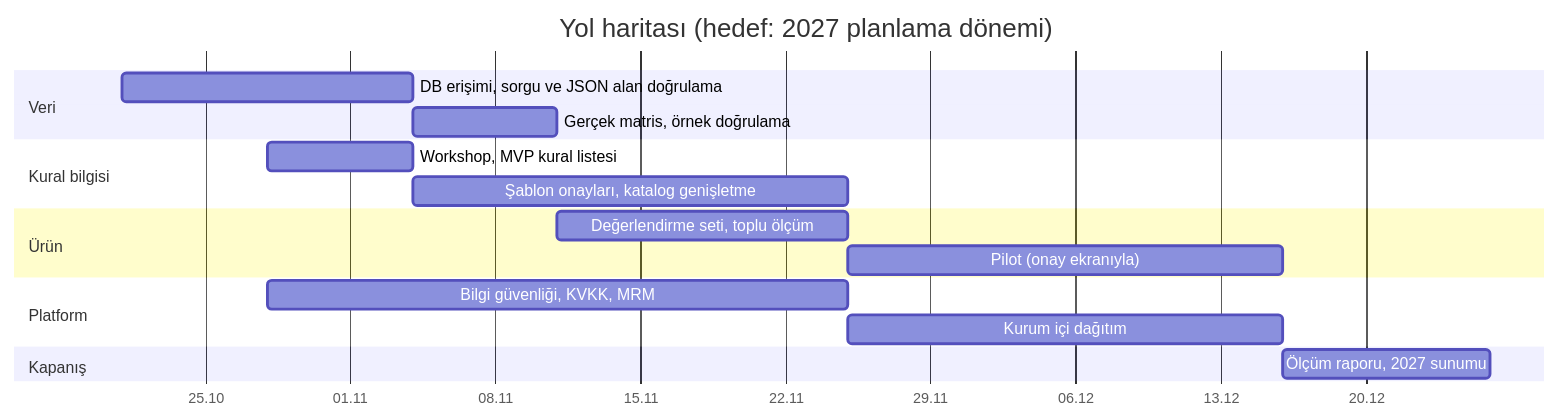
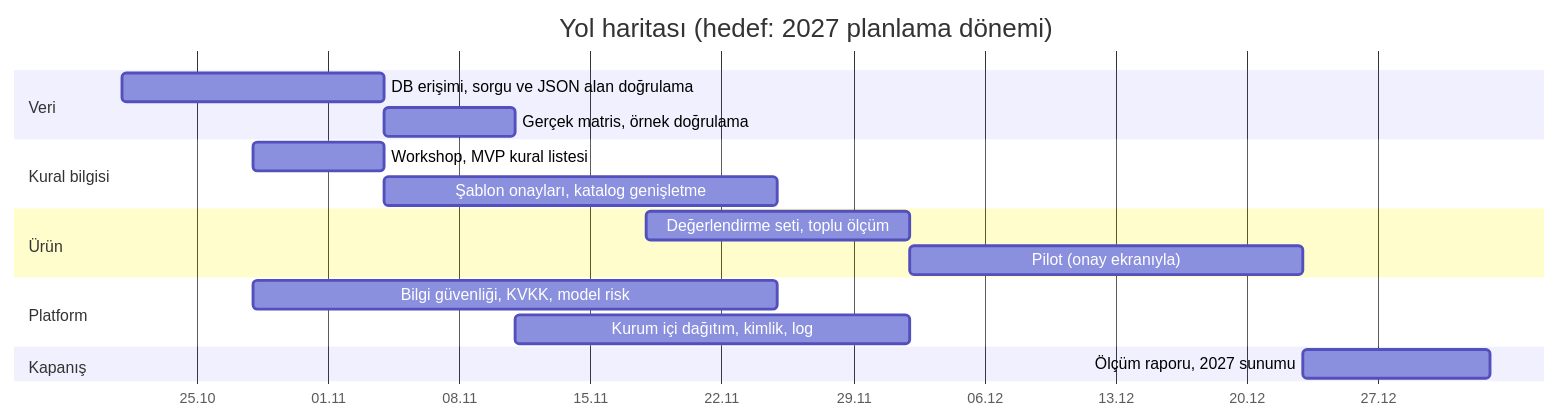
The diagram in strateji-cevap/docs/analiz_mimari/diyagram/11_yol_haritasi.mmd (MertAErntrk/ykb-insource-projects), drawn with Mermaid before and after one commit. The commit also changed 28 other files, not shown here.

```diff
--- a/strateji-cevap/docs/analiz_mimari/diyagram/11_yol_haritasi.mmd
+++ b/strateji-cevap/docs/analiz_mimari/diyagram/11_yol_haritasi.mmd
@@ -1,18 +1,18 @@
 gantt
     title Yol haritası (hedef: 2027 planlama dönemi)
     dateFormat YYYY-MM-DD
     axisFormat %d.%m
     section Veri
     DB erişimi, sorgu ve JSON alan doğrulama :a1, 2026-10-21, 14d
     Gerçek matris, örnek doğrulama :a2, after a1, 7d
     section Kural bilgisi
     Workshop, MVP kural listesi :b1, 2026-10-28, 7d
     Şablon onayları, katalog genişletme :b2, after b1, 21d
     section Ürün
-    Değerlendirme seti, toplu ölçüm :c1, 2026-11-11, 14d
+    Değerlendirme seti, toplu ölçüm :c1, 2026-11-18, 14d
     Pilot (onay ekranıyla) :c2, after c1, 21d
     section Platform
-    Bilgi güvenliği, KVKK, MRM :d1, 2026-10-28, 28d
-    Kurum içi dağıtım :d2, 2026-11-25, 21d
+    Bilgi güvenliği, KVKK, model risk :d1, 2026-10-28, 28d
+    Kurum içi dağıtım, kimlik, log :d2, 2026-11-11, 21d
     section Kapanış
-    Ölçüm raporu, 2027 sunumu :e1, 2026-12-16, 10d
+    Ölçüm raporu, 2027 sunumu :e1, after c2, 10d
```
